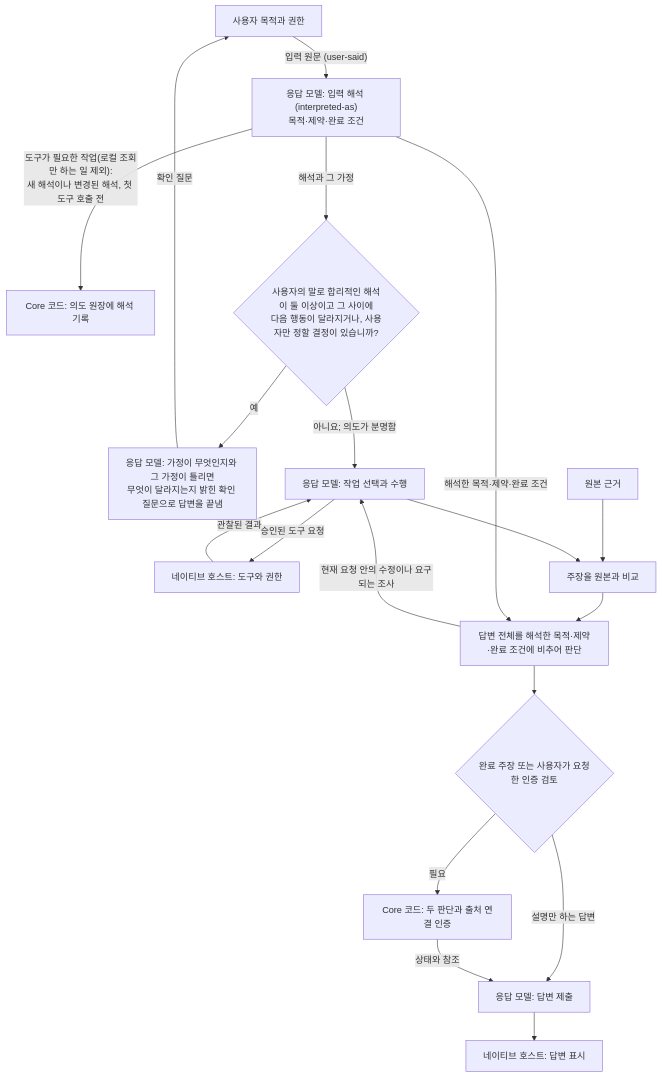
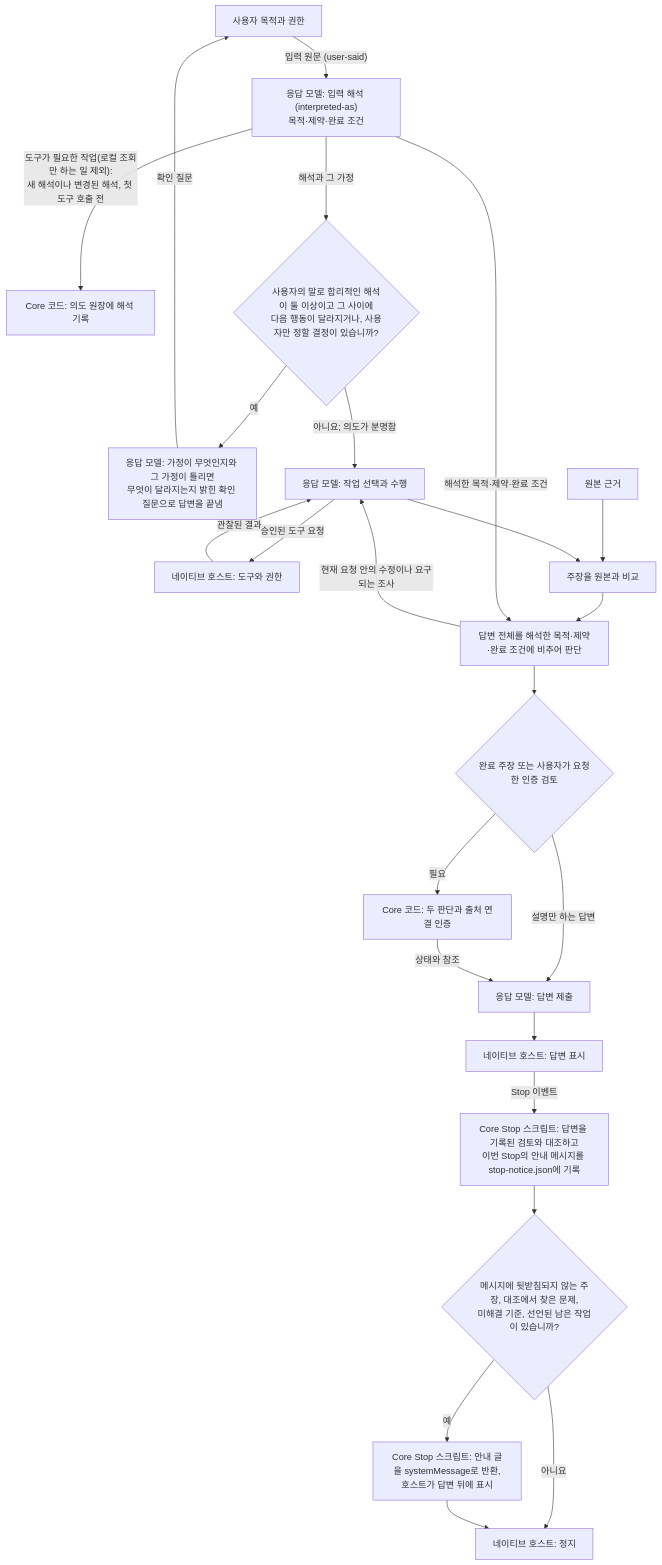
One commit to AidALL/ghost-alice changed the second of 7 diagrams in architecture_ko.md. Above: the diagram before and after it, drawn with Mermaid. The commit also changed other lines of this file and 30 other files, not shown here.

````diff
--- a/architecture_ko.md
+++ b/architecture_ko.md
@@ -49,21 +49,26 @@
 ```mermaid
 flowchart TD
   U["사용자 목적과 권한"] -->|"입력 원문 (user-said)"| I["응답 모델: 입력 해석 (interpreted-as)<br/>목적·제약·완료 조건"]
   I -->|"도구가 필요한 작업(로컬 조회만 하는 일 제외):<br/>새 해석이나 변경된 해석, 첫 도구 호출 전"| L["Core 코드: 의도 원장에 해석 기록"]
   I -->|해석과 그 가정| Q{"사용자의 말로 합리적인 해석이 둘 이상이고 그 사이에<br/>다음 행동이 달라지거나, 사용자만 정할 결정이 있습니까?"}
   Q -->|예| K["응답 모델: 가정이 무엇인지와 그 가정이 틀리면<br/>무엇이 달라지는지 밝힌 확인 질문으로 답변을 끝냄"]
   K -->|확인 질문| U
   Q -->|"아니요; 의도가 분명함"| M["응답 모델: 작업 선택과 수행"]
   M -->|승인된 도구 요청| T["네이티브 호스트: 도구와 권한"]
   T -->|관찰된 결과| M
   O["원본 근거"] --> J["주장을 원본과 비교"]
   M --> J
   J --> W["답변 전체를 해석한 목적·제약·완료 조건에 비추어 판단"]
   I -->|"해석한 목적·제약·완료 조건"| W
   W -->|현재 요청 안의 수정이나 요구되는 조사| M
   W --> R{"완료 주장 또는 사용자가 요청한 인증 검토"}
   R -->|필요| C["Core 코드: 두 판단과 출처 연결 인증"]
   R -->|설명만 하는 답변| D["응답 모델: 답변 제출"]
   C -->|상태와 참조| D
   D --> H["네이티브 호스트: 답변 표시"]
+  H -->|Stop 이벤트| SR["Core Stop 스크립트: 답변을 기록된 검토와 대조하고<br/>이번 Stop의 안내 메시지를 stop-notice.json에 기록"]
+  SR --> S{"메시지에 뒷받침되지 않는 주장, 대조에서 찾은 문제,<br/>미해결 기준, 선언된 남은 작업이 있습니까?"}
+  S -->|예| N["Core Stop 스크립트: 안내 글을 systemMessage로 반환,<br/>호스트가 답변 뒤에 표시"]
+  S -->|아니요| E["네이티브 호스트: 정지"]
+  N --> E
 ```
````
